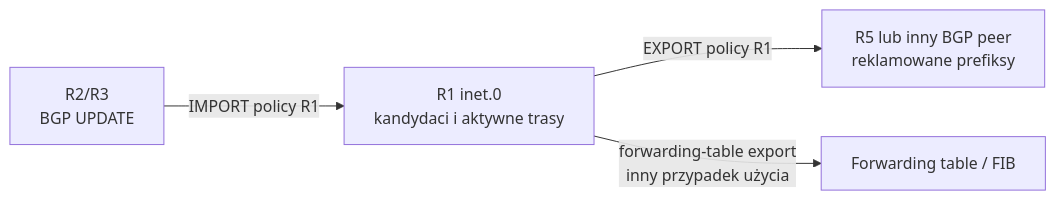
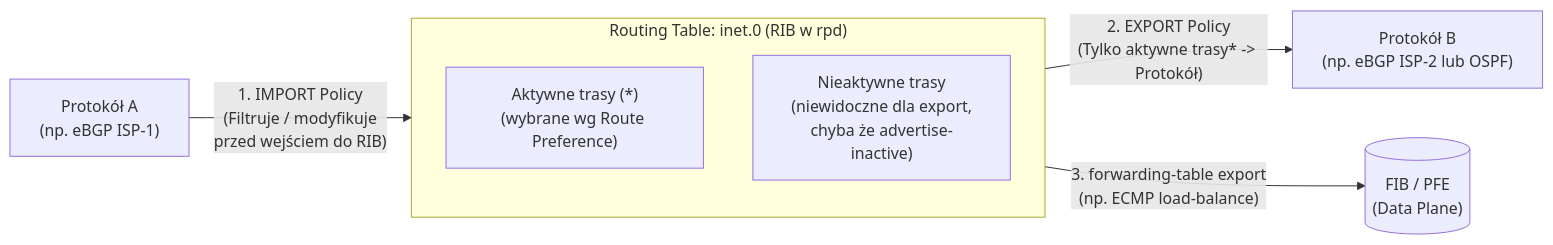
One commit to nelto79/jncip changed the second of 5 diagrams in docs/chapters/JUNOS_Rozdzial_08_Routing_Policy_and_Firewall_Filters.md. Above: the diagram before and after it, drawn with Mermaid. The commit also changed other lines of this file, not shown here.

Commit message:
docs(ch08): publish v3 based on user-supplied teaching style, adapted to DIAMOND-6R with verified routing-policy corrections

````diff
--- a/docs/chapters/JUNOS_Rozdzial_08_Routing_Policy_and_Firewall_Filters.md
+++ b/docs/chapters/JUNOS_Rozdzial_08_Routing_Policy_and_Firewall_Filters.md
@@ -110,6 +141,13 @@
 ```mermaid
 flowchart LR
-    B["R2/R3<br/>BGP UPDATE"] -->|"IMPORT policy R1"| RIB["R1 inet.0<br/>kandydaci i aktywne trasy"]
-    RIB -->|"EXPORT policy R1"| A["R5 lub inny BGP peer<br/>reklamowane prefiksy"]
-    RIB -->|"forwarding-table export<br/>inny przypadek użycia"| FIB["Forwarding table / FIB"]
+    P1["Protokół A<br/>(np. eBGP ISP-1)"] -->|"1. IMPORT Policy<br/>(Filtruje / modyfikuje<br/>przed wejściem do RIB)"| RIB
+
+    subgraph RIB["Routing Table: inet.0 (RIB w rpd)"]
+        direction TB
+        ACT["Aktywne trasy (*)<br/>(wybrane wg Route Preference)"]
+        INACT["Nieaktywne trasy<br/>(niewidoczne dla export,<br/>chyba że advertise-inactive)"]
+    end
+
+    RIB -->|"2. EXPORT Policy<br/>(Tylko aktywne trasy* -> Protokół)"| P2["Protokół B<br/>(np. eBGP ISP-2 lub OSPF)"]
+    RIB -->|"3. forwarding-table export<br/>(np. ECMP load-balance)"| FIB[("FIB / PFE<br/>(Data Plane)")]
 ```
````
